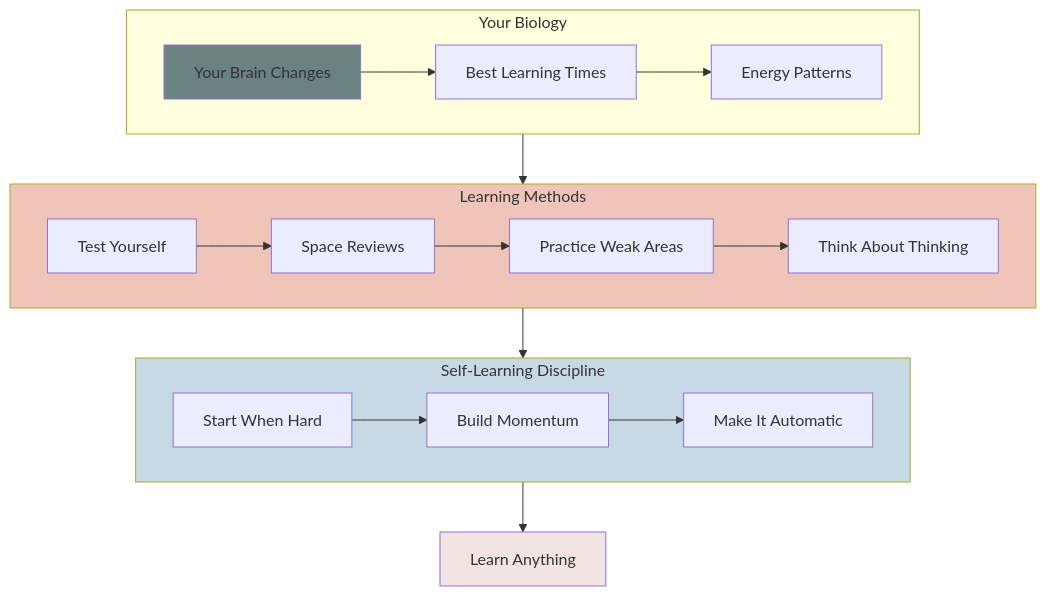
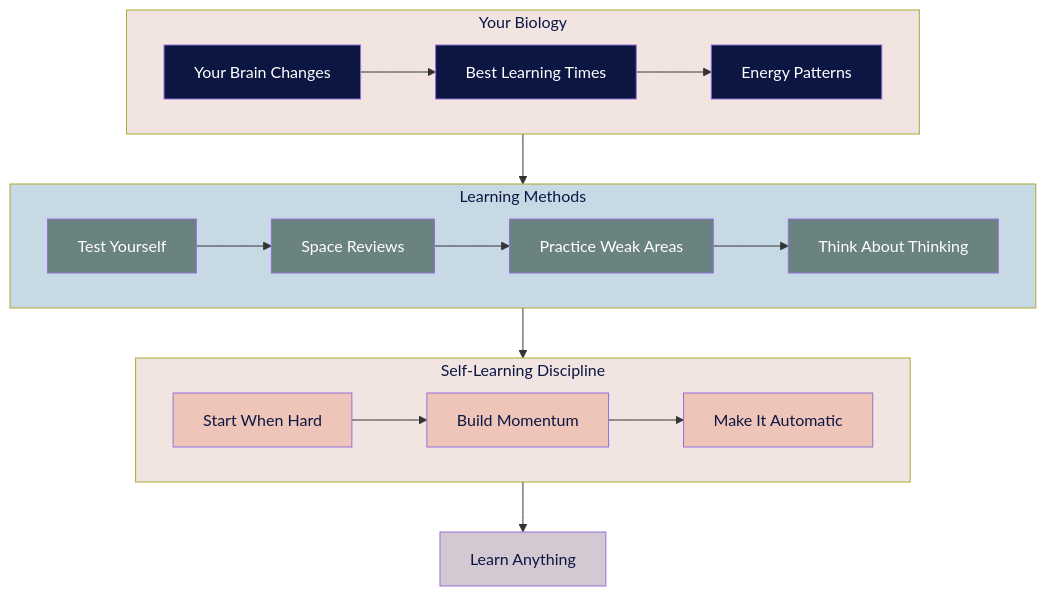
Before and after one commit to ninabrenes/ai-for-normal-people: the first of 5 diagrams in how-to-learn-anything.md, drawn with Mermaid. The commit also changed other lines of this file, not shown here.

````diff
--- a/how-to-learn-anything.md
+++ b/how-to-learn-anything.md
@@ -28,27 +28,37 @@
 ```mermaid
 graph TD
     subgraph Biology[Your Biology]
         Brain[Your Brain Changes] --> Timing[Best Learning Times]
         Timing --> Energy[Energy Patterns]
     end
     
     subgraph Methods[Learning Methods]
         Test[Test Yourself] --> Space[Space Reviews]
         Space --> Practice[Practice Weak Areas]
         Practice --> Think[Think About Thinking]
     end
     
     subgraph Discipline[Self-Learning Discipline]
         Start[Start When Hard] --> Momentum[Build Momentum]
         Momentum --> Habits[Make It Automatic]
     end
     
     Biology --> Methods
     Methods --> Discipline
     Discipline --> Results[Learn Anything]
     
-    style Brain fill:#6a8280
-    style Methods fill:#efc5b9
-    style Discipline fill:#c8d9e6
-    style Results fill:#f2e5e1
+    style Brain fill:#0b1643,color:#ffffff
+    style Timing fill:#0b1643,color:#ffffff
+    style Energy fill:#0b1643,color:#ffffff
+    style Test fill:#6a8280,color:#ffffff
+    style Space fill:#6a8280,color:#ffffff
+    style Practice fill:#6a8280,color:#ffffff
+    style Think fill:#6a8280,color:#ffffff
+    style Start fill:#efc5b9,color:#0b1643
+    style Momentum fill:#efc5b9,color:#0b1643
+    style Habits fill:#efc5b9,color:#0b1643
+    style Results fill:#d4c9d2,color:#0b1643
+    style Biology fill:#f2e5e1,color:#0b1643
+    style Methods fill:#c8d9e6,color:#0b1643
+    style Discipline fill:#f2e5e1,color:#0b1643
 ```
````
